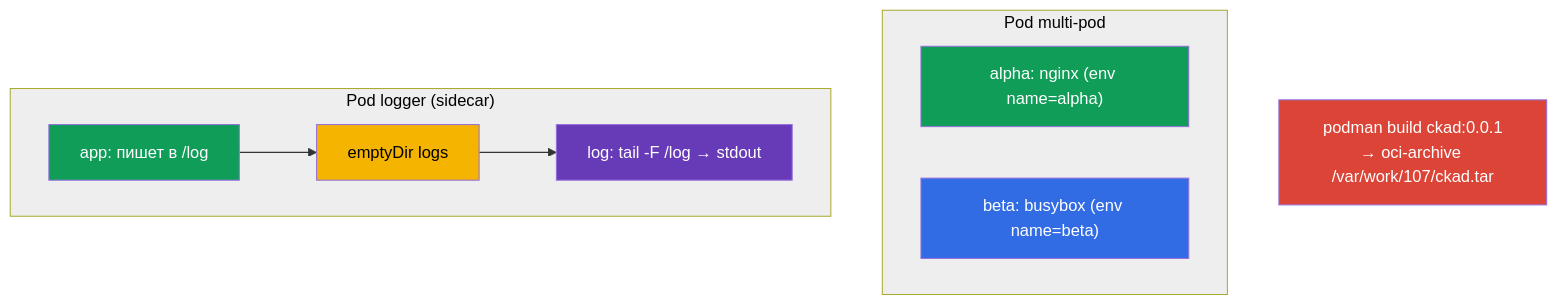
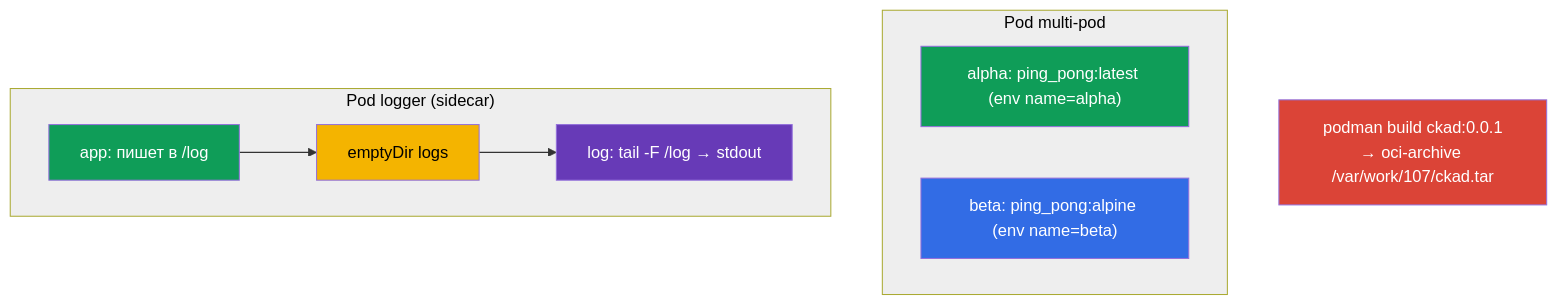
Before and after one commit to ViktorUJ/cks: the diagram in tasks/cka/labs/107/README_RU.MD, drawn with Mermaid. The commit also changed other lines of this file and 31 other files, not shown here.

````diff
--- a/tasks/cka/labs/107/README_RU.MD
+++ b/tasks/cka/labs/107/README_RU.MD
@@ -29,22 +29,22 @@
 ```mermaid
 flowchart TB
     subgraph mp["Pod multi-pod"]
-        a["alpha: nginx (env name=alpha)"]
-        b["beta: busybox (env name=beta)"]
+        a["alpha: ping_pong:latest (env name=alpha)"]
+        b["beta: ping_pong:alpine (env name=beta)"]
     end
     subgraph lg["Pod logger (sidecar)"]
         app["app: пишет в /log"]
         log["log: tail -F /log → stdout"]
         vol["emptyDir logs"]
         app --> vol --> log
     end
     build["podman build ckad:0.0.1<br>→ oci-archive /var/work/107/ckad.tar"]
     style mp fill:#eeeeee,color:#000
     style a fill:#0f9d58,color:#fff
     style b fill:#326ce5,color:#fff
     style lg fill:#eeeeee,color:#000
     style app fill:#0f9d58,color:#fff
     style log fill:#673ab7,color:#fff
     style vol fill:#f4b400,color:#000
     style build fill:#db4437,color:#fff
 ```
````
